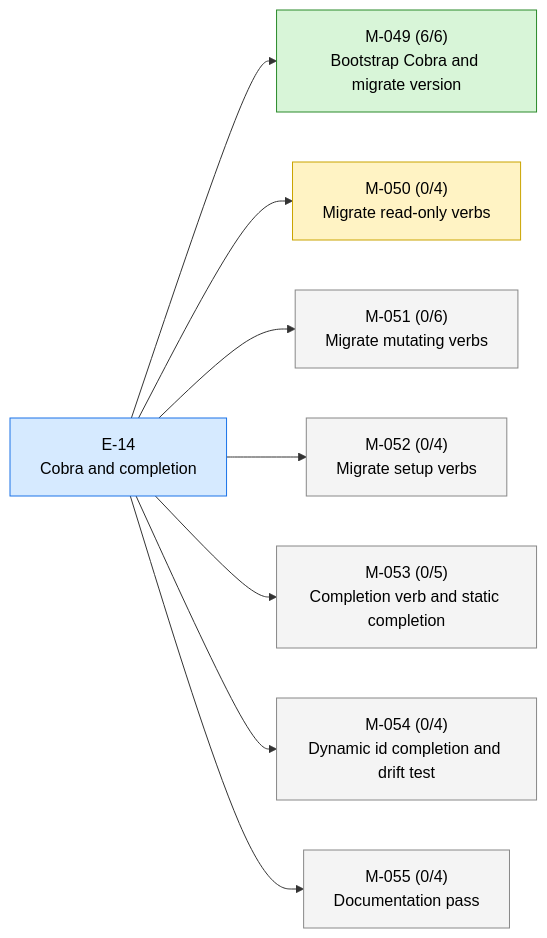
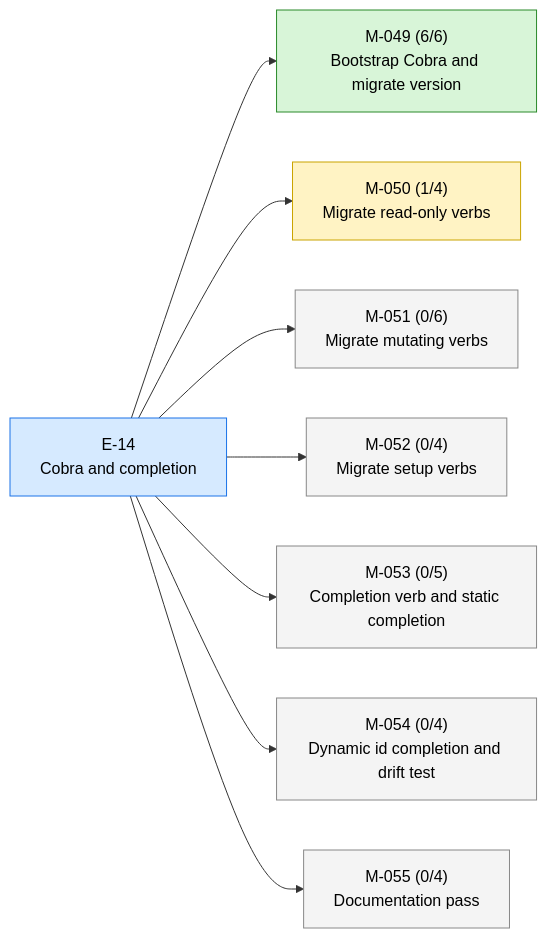
One commit to 23min/aiwf changed the first of 2 diagrams in STATUS.md. Above: the diagram before and after it, drawn with Mermaid. The commit also changed other lines of this file and 1 other file, not shown here.

Commit message:
aiwf promote M-050/AC-1 open -> met
aiwf-verb: promote
aiwf-entity: M-050/AC-1
aiwf-actor: human/peter
aiwf-to: met

````diff
--- a/STATUS.md
+++ b/STATUS.md
@@ -17,24 +17,24 @@
 ```mermaid
 flowchart LR
   E_14["E-14<br/>Cobra and completion"]:::epic_active
   M_049["M-049 (6/6)<br/>Bootstrap Cobra and migrate version"]:::ms_done
   E_14 --> M_049
-  M_050["M-050 (0/4)<br/>Migrate read-only verbs"]:::ms_in_progress
+  M_050["M-050 (1/4)<br/>Migrate read-only verbs"]:::ms_in_progress
   E_14 --> M_050
   M_051["M-051 (0/6)<br/>Migrate mutating verbs"]:::ms_draft
   E_14 --> M_051
   M_052["M-052 (0/4)<br/>Migrate setup verbs"]:::ms_draft
   E_14 --> M_052
   M_053["M-053 (0/5)<br/>Completion verb and static completion"]:::ms_draft
   E_14 --> M_053
   M_054["M-054 (0/4)<br/>Dynamic id completion and drift test"]:::ms_draft
   E_14 --> M_054
   M_055["M-055 (0/4)<br/>Documentation pass"]:::ms_draft
   E_14 --> M_055
   classDef epic_active fill:#d6eaff,stroke:#1a73e8,color:#000
   classDef epic_proposed fill:#f4f4f4,stroke:#888,color:#000
   classDef ms_done fill:#d8f5d8,stroke:#2a8a2a,color:#000
   classDef ms_in_progress fill:#fff3c4,stroke:#caa400,color:#000
   classDef ms_draft fill:#f4f4f4,stroke:#888,color:#000
   classDef ms_cancelled fill:#fbeaea,stroke:#c33,color:#000
 ```
````
